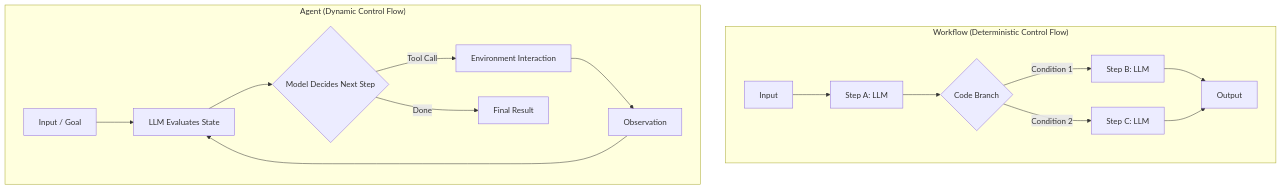
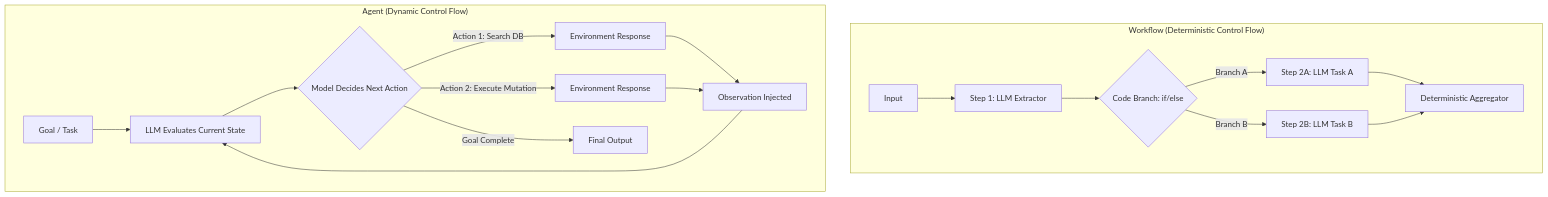
The fourth of 14 diagrams in module-01-agentic-ai-foundations/content/01-from-generative-ai-to-agentic-control-loops.md (sivaskm/agentic-ai-engineering), drawn with Mermaid before and after one commit. The commit also changed other lines of this file, not shown here.

````diff
--- a/module-01-agentic-ai-foundations/content/01-from-generative-ai-to-agentic-control-loops.md
+++ b/module-01-agentic-ai-foundations/content/01-from-generative-ai-to-agentic-control-loops.md
@@ -128,20 +155,22 @@
 ```mermaid
 graph TD
     subgraph Workflow ["Workflow (Deterministic Control Flow)"]
-        W1[Input] --> W2[Step A: LLM]
-        W2 --> W3{Code Branch}
-        W3 -->|Condition 1| W4[Step B: LLM]
-        W3 -->|Condition 2| W5[Step C: LLM]
-        W4 --> W6[Output]
+        W1[Input] --> W2[Step 1: LLM Extractor]
+        W2 --> W3{Code Branch: if/else}
+        W3 -->|Branch A| W4[Step 2A: LLM Task A]
+        W3 -->|Branch B| W5[Step 2B: LLM Task B]
+        W4 --> W6[Deterministic Aggregator]
         W5 --> W6
     end
 
     subgraph Agent ["Agent (Dynamic Control Flow)"]
-        A1[Input / Goal] --> A2[LLM Evaluates State]
-        A2 --> A3{Model Decides Next Step}
-        A3 -->|Tool Call| A4[Environment Interaction]
-        A4 --> A5[Observation]
+        A1[Goal / Task] --> A2[LLM Evaluates Current State]
+        A2 --> A3{Model Decides Next Action}
+        A3 -->|Action 1: Search DB| A4[Environment Response]
+        A4 --> A5[Observation Injected]
         A5 --> A2
-        A3 -->|Done| A6[Final Result]
+        A3 -->|Action 2: Execute Mutation| A6[Environment Response]
+        A6 --> A5
+        A3 -->|Goal Complete| A7[Final Output]
     end
 ```
````
